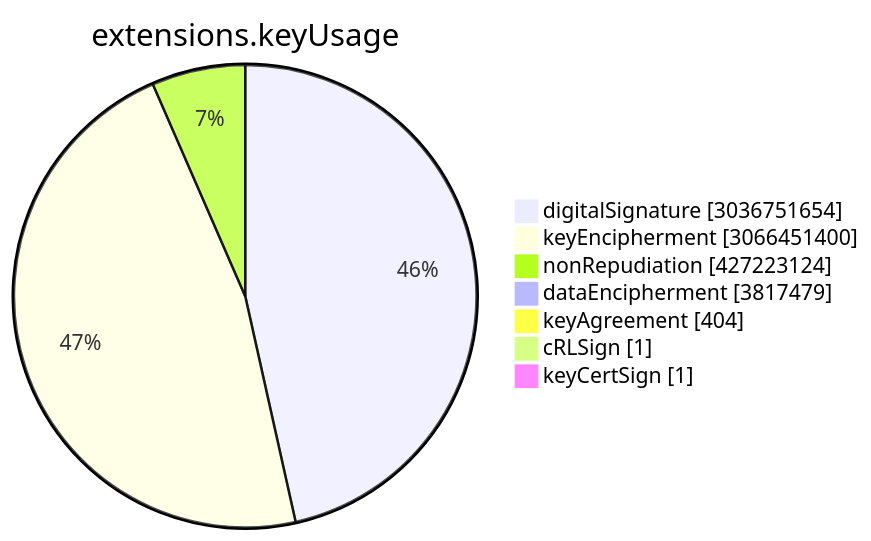
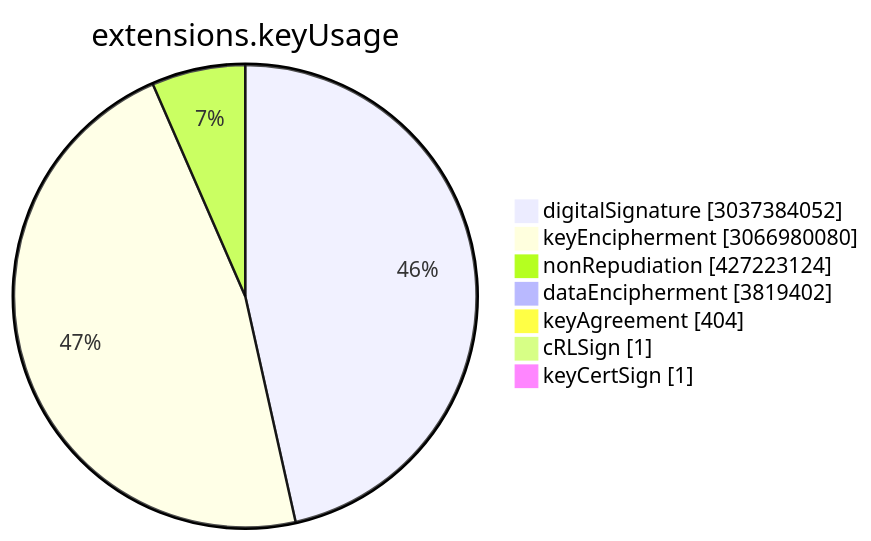
One commit to christiankrug/ctmonitor_visualization changed the sixth of 15 diagrams in TOTAL/README.md. Above: the diagram before and after it, drawn with Mermaid. The commit also changed other lines of this file, not shown here.

````diff
--- a/TOTAL/README.md
+++ b/TOTAL/README.md
@@ -3077,11 +3077,11 @@
 ```mermaid
 pie showData
 title extensions.keyUsage
-"digitalSignature" :3036751654
-"keyEncipherment" :3066451400
+"digitalSignature" :3037384052
+"keyEncipherment" :3066980080
 "nonRepudiation" :427223124
-"dataEncipherment" :3817479
+"dataEncipherment" :3819402
 "keyAgreement" :404
 "cRLSign" :1
 "keyCertSign" :1
 ```
````
